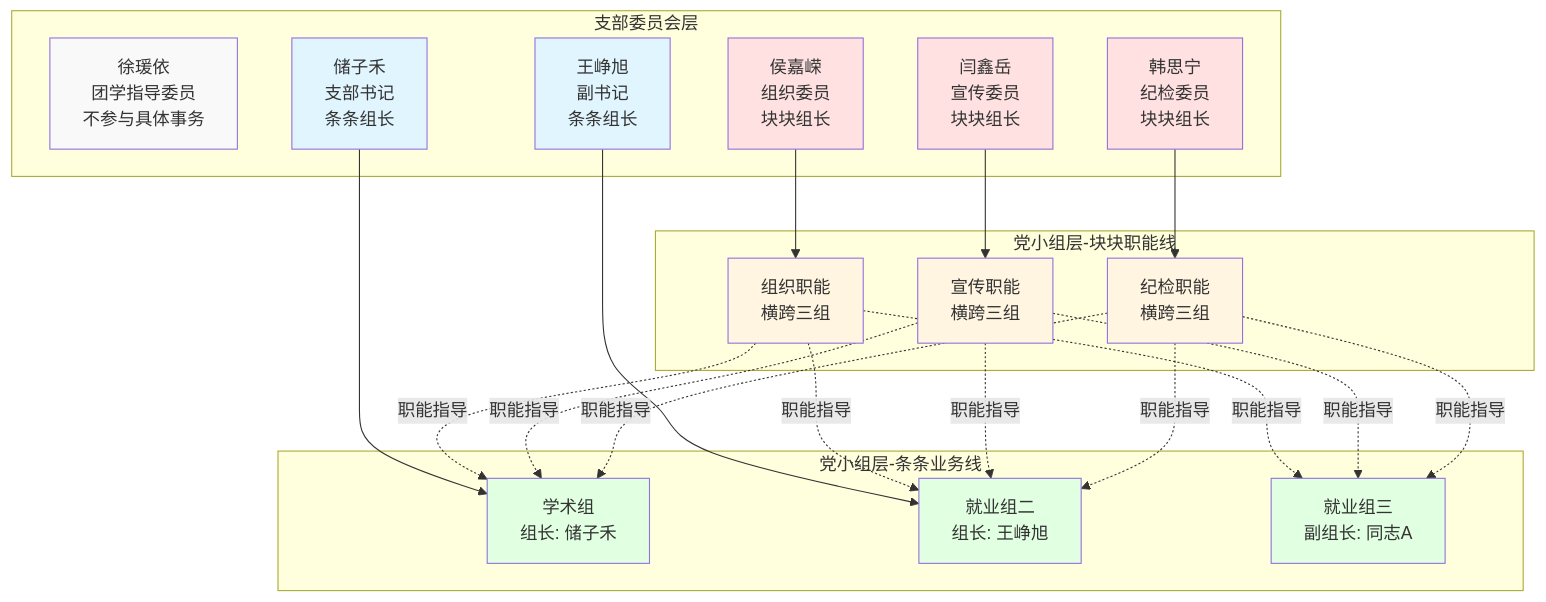
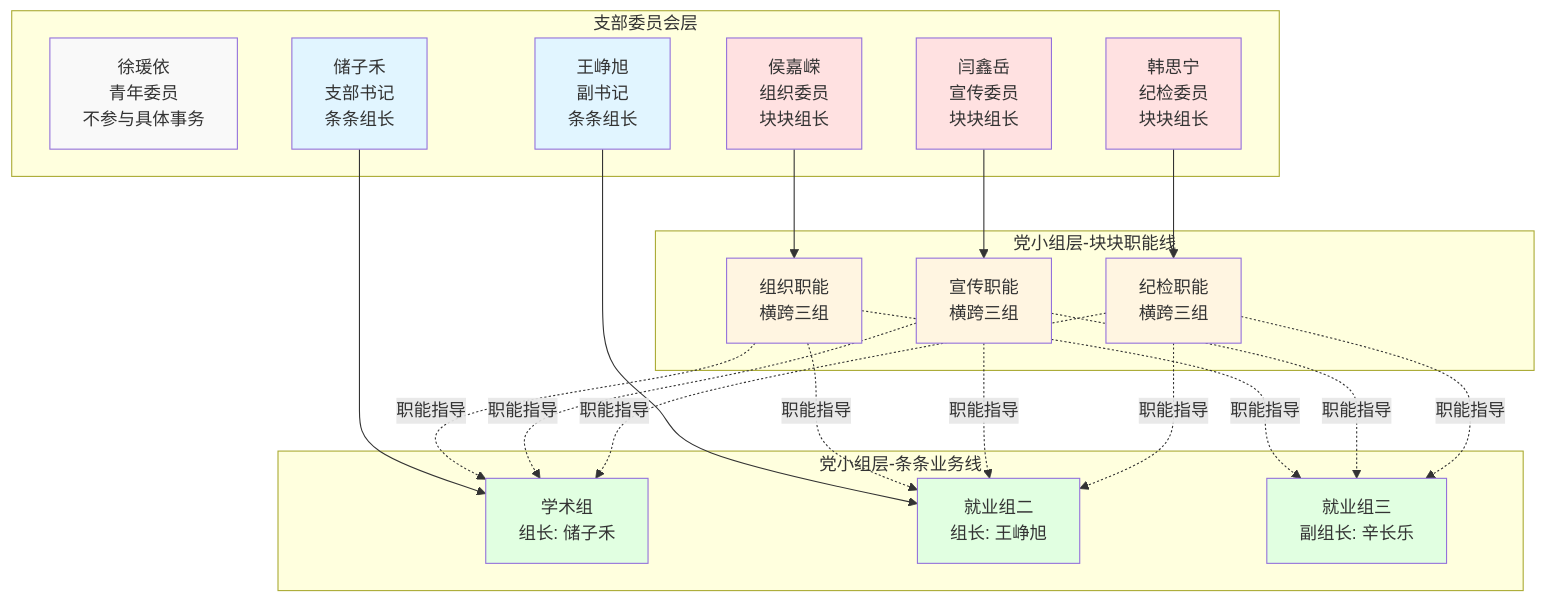
Before and after one commit to czhgo/GSM1921-SOP: the first of 9 diagrams in 工作流程图-定人定责定岗.md, drawn with Mermaid. The commit also changed other lines of this file and 4 other files, not shown here.

Commit message:
Update names: Rename 同志A to 辛长乐 and change 徐瑗依's position to 青年委员

````diff
--- a/工作流程图-定人定责定岗.md
+++ b/工作流程图-定人定责定岗.md
@@ -7,53 +7,53 @@
 ```mermaid
 graph TB
     subgraph 支部委员会层
-        A[徐瑗依<br/>团学指导委员<br/>不参与具体事务]
+        A[徐瑗依<br/>青年委员<br/>不参与具体事务]
         B[储子禾<br/>支部书记<br/>条条组长]
         C[王峥旭<br/>副书记<br/>条条组长]
         D[侯嘉嵘<br/>组织委员<br/>块块组长]
         E[闫鑫岳<br/>宣传委员<br/>块块组长]
         F[韩思宁<br/>纪检委员<br/>块块组长]
     end
     
     subgraph 党小组层-条条业务线
         G[学术组<br/>组长: 储子禾]
         H[就业组二<br/>组长: 王峥旭]
-        I[就业组三<br/>副组长: 同志A]
+        I[就业组三<br/>副组长: 辛长乐]
     end
     
     subgraph 党小组层-块块职能线
         J[组织职能<br/>横跨三组]
         K[宣传职能<br/>横跨三组]
         L[纪检职能<br/>横跨三组]
     end
     
     B --> G
     C --> H
     I
     D --> J
     E --> K
     F --> L
     
     J -.职能指导.-> G
     J -.职能指导.-> H
     J -.职能指导.-> I
     K -.职能指导.-> G
     K -.职能指导.-> H
     K -.职能指导.-> I
     L -.职能指导.-> G
     L -.职能指导.-> H
     L -.职能指导.-> I
     
     style A fill:#f9f9f9
     style B fill:#e1f5ff
     style C fill:#e1f5ff
     style D fill:#ffe1e1
     style E fill:#ffe1e1
     style F fill:#ffe1e1
     style G fill:#e1ffe1
     style H fill:#e1ffe1
     style I fill:#e1ffe1
     style J fill:#fff5e1
     style K fill:#fff5e1
     style L fill:#fff5e1
 ```
````
